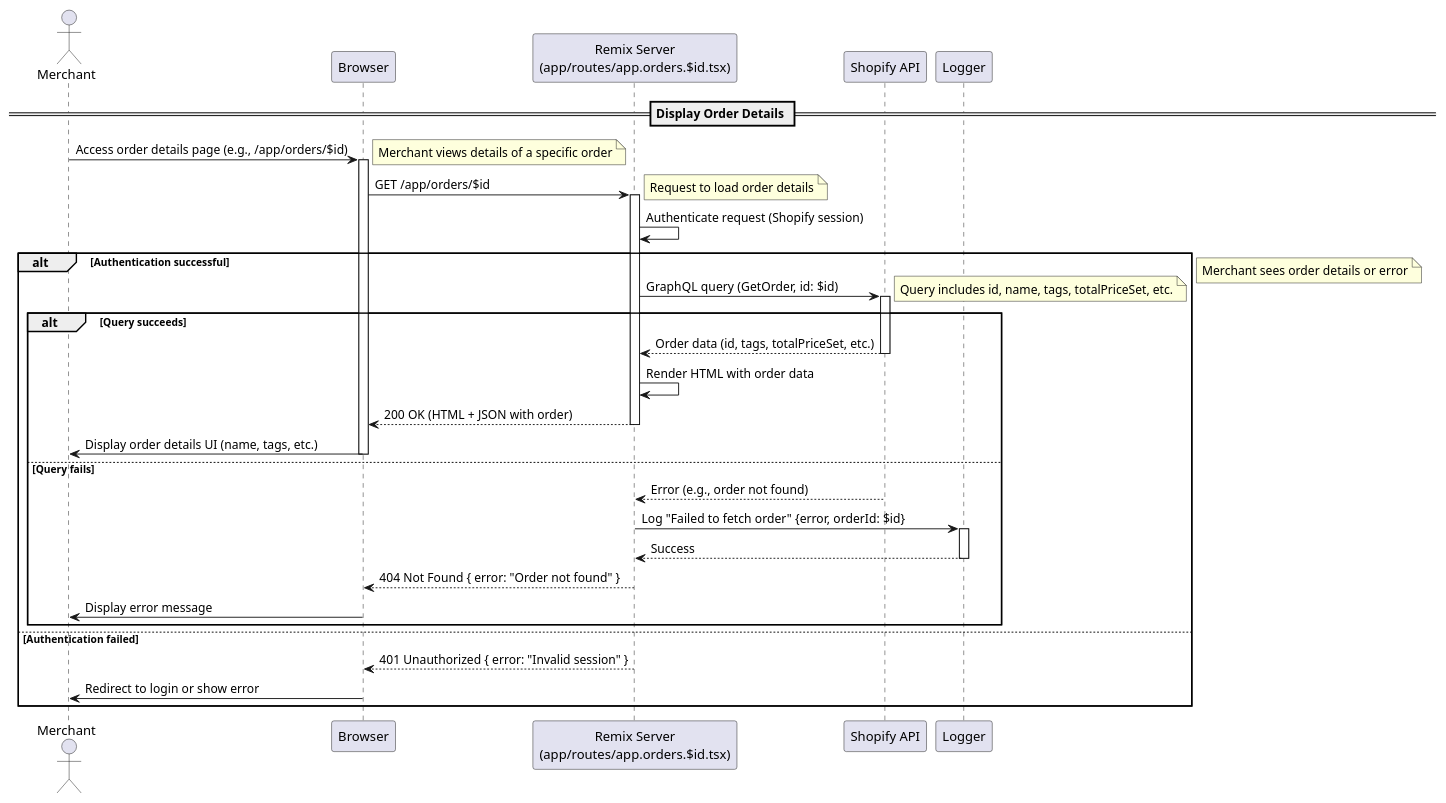
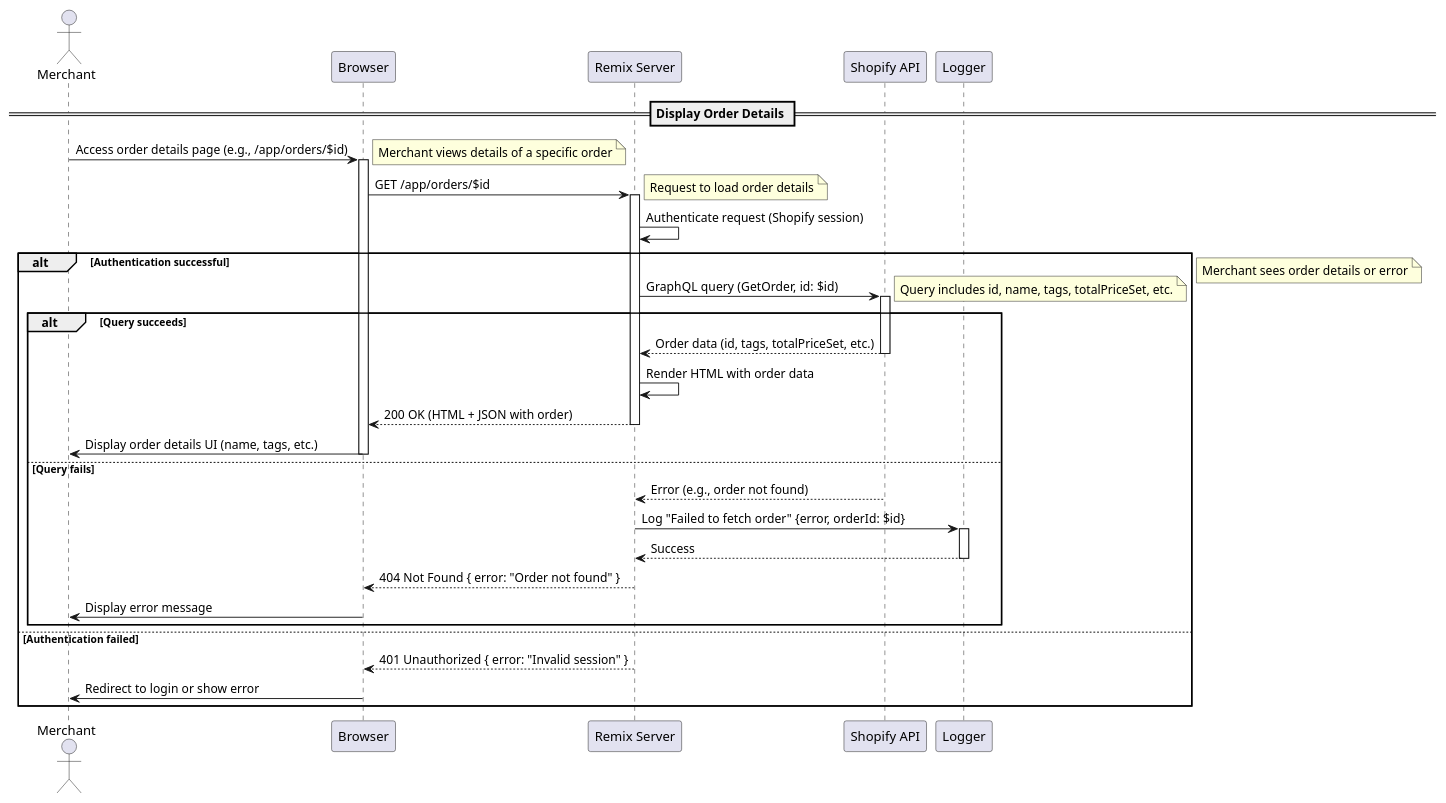
The diagram in docs/display_order_detail.wsd (datdd/remix-app-store), drawn with PlantUML before and after one commit. The commit also changed 9 other files, not shown here.

```diff
--- a/docs/display_order_detail.wsd
+++ b/docs/display_order_detail.wsd
@@ -1,58 +1,58 @@
 @startuml
 actor Merchant
 participant "Browser" as Browser
-participant "Remix Server\n(app/routes/app.orders.$id.tsx)" as Server
+participant "Remix Server" as Server
 participant "Shopify API" as ShopifyAPI
 participant "Logger" as Logger
 
 == Display Order Details ==
 Merchant -> Browser: Access order details page (e.g., /app/orders/$id)
 activate Browser
 note right: Merchant views details of a specific order
 
 Browser -> Server: GET /app/orders/$id
 activate Server
 note right: Request to load order details
 
 Server -> Server: Authenticate request (Shopify session)
 alt Authentication successful
     Server -> ShopifyAPI: GraphQL query (GetOrder, id: $id)
     activate ShopifyAPI
     note right: Query includes id, name, tags, totalPriceSet, etc.
 
     alt Query succeeds
         ShopifyAPI --> Server: Order data (id, tags, totalPriceSet, etc.)
         deactivate ShopifyAPI
 
         Server -> Server: Render HTML with order data
         Server --> Browser: 200 OK (HTML + JSON with order)
         deactivate Server
 
         Browser -> Merchant: Display order details UI (name, tags, etc.)
         deactivate Browser
     else Query fails
         ShopifyAPI --> Server: Error (e.g., order not found)
         deactivate ShopifyAPI
 
         Server -> Logger: Log "Failed to fetch order" {error, orderId: $id}
         activate Logger
         Logger --> Server: Success
         deactivate Logger
 
         Server --> Browser: 404 Not Found { error: "Order not found" }
         deactivate Server
 
         Browser -> Merchant: Display error message
         deactivate Browser
     end
 else Authentication failed
     Server --> Browser: 401 Unauthorized { error: "Invalid session" }
     deactivate Server
 
     Browser -> Merchant: Redirect to login or show error
     deactivate Browser
 end
 
 note right: Merchant sees order details or error
 
 @enduml
```
